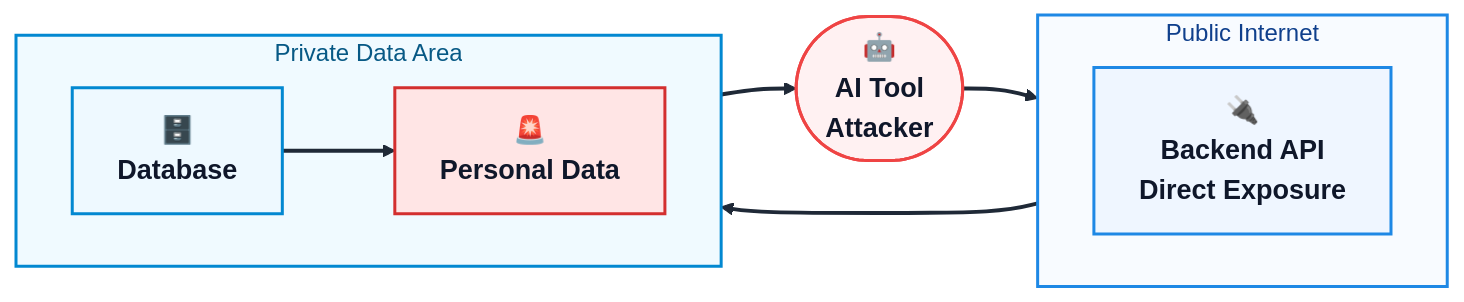
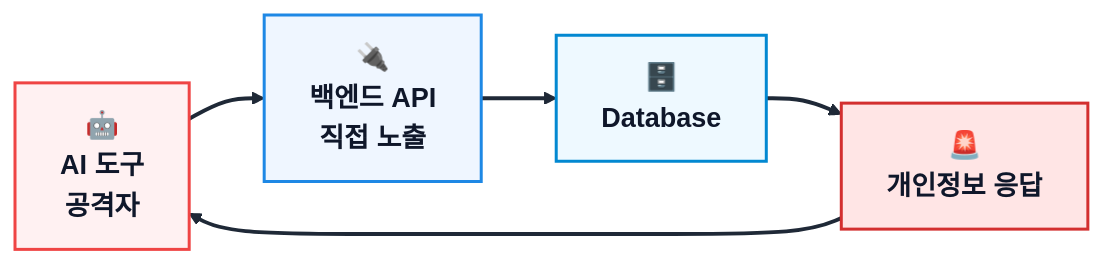
Before and after one commit to qubitsec/blog: the second of 4 diagrams in content/ko/respond/modoo-startup-api-response-leak.md, drawn with Mermaid. The commit also changed other lines of this file, not shown here.

````diff
--- a/content/ko/respond/modoo-startup-api-response-leak.md
+++ b/content/ko/respond/modoo-startup-api-response-leak.md
@@ -244,68 +261,43 @@
 ```mermaid
 %%{init: {
   "theme": "base",
   "themeVariables": {
     "fontFamily": "Pretendard, Noto Sans KR, Arial",
     "background": "#ffffff",
     "primaryTextColor": "#0f172a",
     "lineColor": "#1f2937"
   },
   "themeCSS": "
     .node rect, .node circle, .node ellipse, .node polygon {
       filter: drop-shadow(0px 4px 8px rgba(15, 23, 42, 0.16));
     }
     .edgePath path {
       stroke-width: 2.6px;
     }
     .edgeLabel {
       background-color: #ffffff;
       color: #0f172a;
       font-weight: 700;
     }
-    .cluster rect {
-      rx: 18px;
-      ry: 18px;
-      filter: drop-shadow(0px 6px 12px rgba(15, 23, 42, 0.14));
-    }
-    .cluster-label {
-      font-size: 21px;
-      font-weight: 800;
-    }
   "
 }}%%
 
 flowchart LR
 
-    ATTACKER(["🤖<br/><b>AI Tool</b><br/>Attacker"])
-
-    subgraph PUBLIC["Public Internet"]
-        direction LR
-        API["🔌<br/><b>Backend API</b><br/>Direct Exposure"]
-    end
-
-    subgraph PRIVATE["Private Data Area"]
-        direction LR
-        DB["🗄️<br/><b>Database</b>"]
-        PII["🚨<br/><b>Personal Data</b>"]
-    end
-
-    ATTACKER --> API
-    API --> DB
-    DB --> PII
-    PII --> ATTACKER
+    A["🤖<br/><b>AI 도구</b><br/>공격자"] --> B["🔌<br/><b>백엔드 API</b><br/>직접 노출"]
+    B --> C["🗄️<br/><b>Database</b>"]
+    C --> D["🚨<br/><b>개인정보 응답</b>"]
+    D --> A
 
     classDef attacker fill:#fff1f2,stroke:#ef4444,stroke-width:2px,color:#0f172a,font-size:18px,font-weight:bold;
-    classDef public fill:#eff6ff,stroke:#1e88e5,stroke-width:2px,color:#0f172a,font-size:18px,font-weight:bold;
-    classDef private fill:#eef9ff,stroke:#0288d1,stroke-width:2px,color:#0f172a,font-size:18px,font-weight:bold;
+    classDef normal fill:#eff6ff,stroke:#1e88e5,stroke-width:2px,color:#0f172a,font-size:18px,font-weight:bold;
+    classDef db fill:#eef9ff,stroke:#0288d1,stroke-width:2px,color:#0f172a,font-size:18px,font-weight:bold;
     classDef danger fill:#ffe5e5,stroke:#d32f2f,stroke-width:2px,color:#0f172a,font-size:18px,font-weight:bold;
 
-    class ATTACKER attacker;
-    class API public;
-    class DB private;
-    class PII danger;
-
-    style PUBLIC fill:#f8fbff,stroke:#1e88e5,stroke-width:2px,color:#0f3f8c;
-    style PRIVATE fill:#f0faff,stroke:#0288d1,stroke-width:2px,color:#075985;
+    class A attacker;
+    class B normal;
+    class C db;
+    class D danger;
 
     linkStyle 0,1,2,3 stroke:#1f2937,stroke-width:2.6px;
 ```
````
